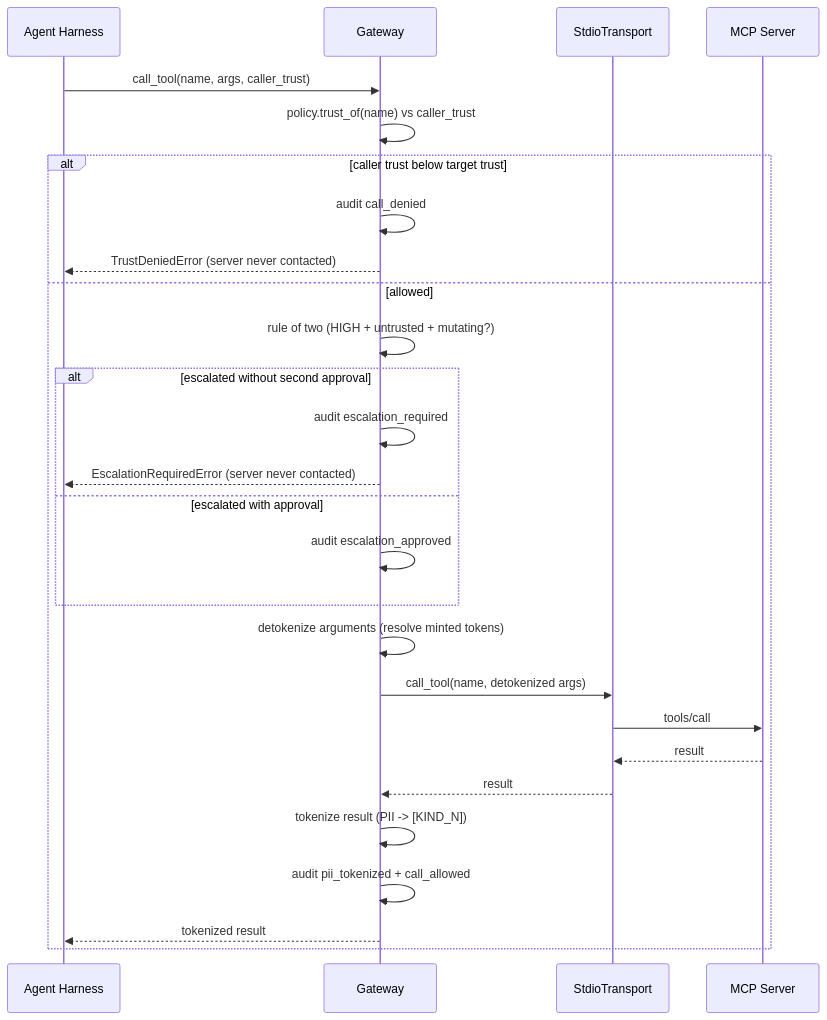
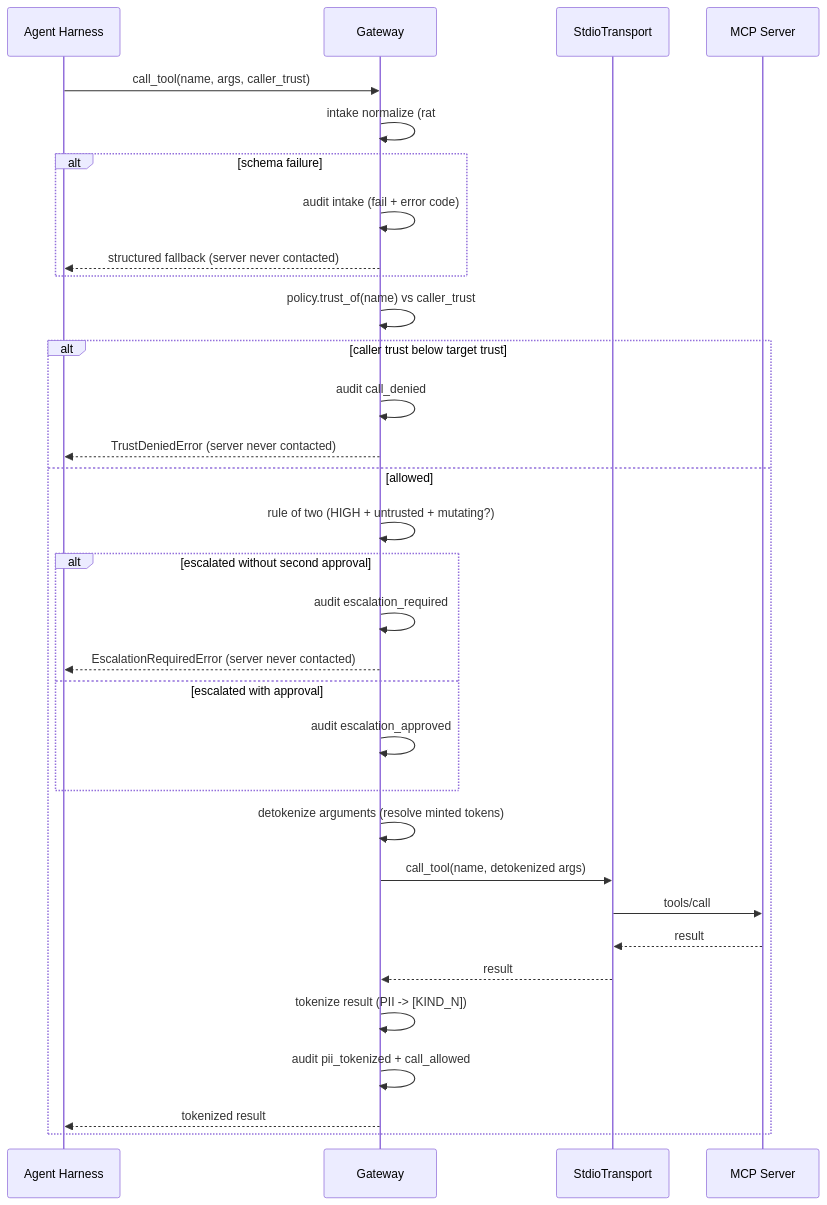
One commit to Zion-sewers/rat changed the sixth of 8 diagrams in docs/ARCHITECTURE.md. Above: the diagram before and after it, drawn with Mermaid. The commit also changed other lines of this file and 12 other files, not shown here.

First line of the commit message:
feat(intake): deterministic intake normalization, schema-gated entry (rat #76) (#165)

````diff
--- a/docs/ARCHITECTURE.md
+++ b/docs/ARCHITECTURE.md
@@ -532,30 +541,35 @@
 ```mermaid
 sequenceDiagram
     participant H as Agent Harness
     participant G as Gateway
     participant T as StdioTransport
     participant S as MCP Server
 
     H->>G: call_tool(name, args, caller_trust)
+    G->>G: intake normalize (rat #76): schema gate + truncate
+    alt schema failure
+        G->>G: audit intake (fail + error code)
+        G-->>H: structured fallback (server never contacted)
+    end
     G->>G: policy.trust_of(name) vs caller_trust
     alt caller trust below target trust
         G->>G: audit call_denied
         G-->>H: TrustDeniedError (server never contacted)
     else allowed
         G->>G: rule of two (HIGH + untrusted + mutating?)
         alt escalated without second approval
             G->>G: audit escalation_required
             G-->>H: EscalationRequiredError (server never contacted)
         else escalated with approval
             G->>G: audit escalation_approved
         end
         G->>G: detokenize arguments (resolve minted tokens)
         G->>T: call_tool(name, detokenized args)
         T->>S: tools/call
         S-->>T: result
         T-->>G: result
         G->>G: tokenize result (PII -> [KIND_N])
         G->>G: audit pii_tokenized + call_allowed
         G-->>H: tokenized result
     end
 ```
````
